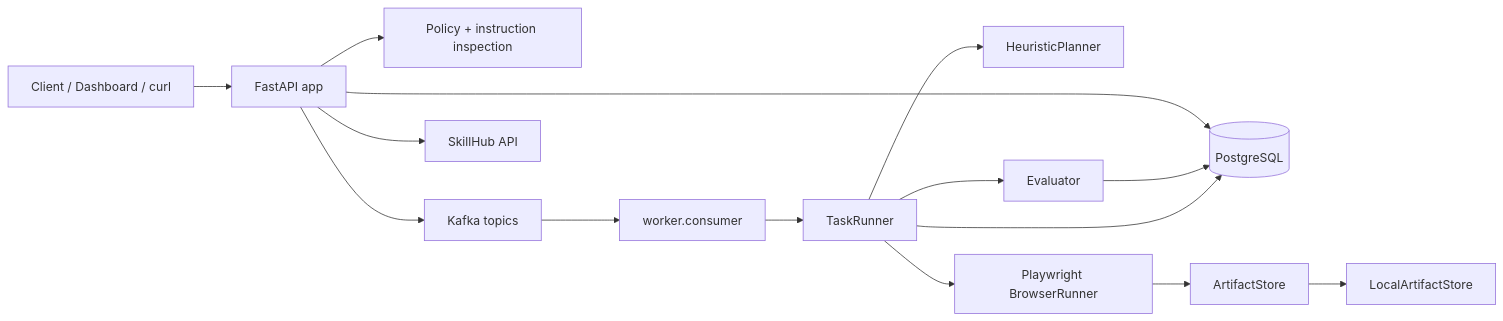
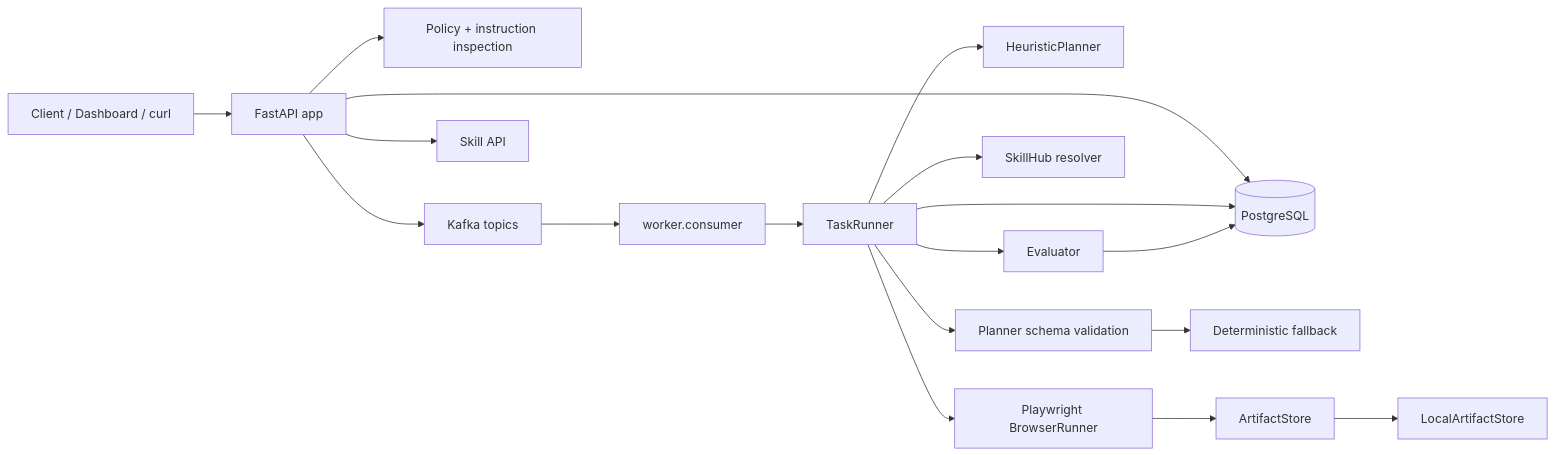
The first of 2 diagrams in DOCS/ARCHITECTURE.md (leo459028/BrowserAgent), drawn with Mermaid before and after one commit. The commit also changed other lines of this file and 22 other files, not shown here.

Commit message:
v0.4 Planner/SkillHub Integration

````diff
--- a/DOCS/ARCHITECTURE.md
+++ b/DOCS/ARCHITECTURE.md
@@ -11,17 +11,20 @@
 ```mermaid
 flowchart LR
     Client["Client / Dashboard / curl"] --> API["FastAPI app"]
     API --> DB[("PostgreSQL")]
     API --> Policy["Policy + instruction inspection"]
     API --> Kafka["Kafka topics"]
-    API --> SkillHub["SkillHub API"]
+    API --> SkillAPI["Skill API"]
     Kafka --> Worker["worker.consumer"]
     Worker --> Runner["TaskRunner"]
     Runner --> Planner["HeuristicPlanner"]
+    Runner --> Validator["Planner schema validation"]
+    Validator --> Fallback["Deterministic fallback"]
+    Runner --> SkillHub["SkillHub resolver"]
     Runner --> Browser["Playwright BrowserRunner"]
     Browser --> Store["ArtifactStore"]
     Store --> Local["LocalArtifactStore"]
     Runner --> Evaluator["Evaluator"]
+    Runner --> DB
     Evaluator --> DB
-    Runner --> DB
 ```
````
